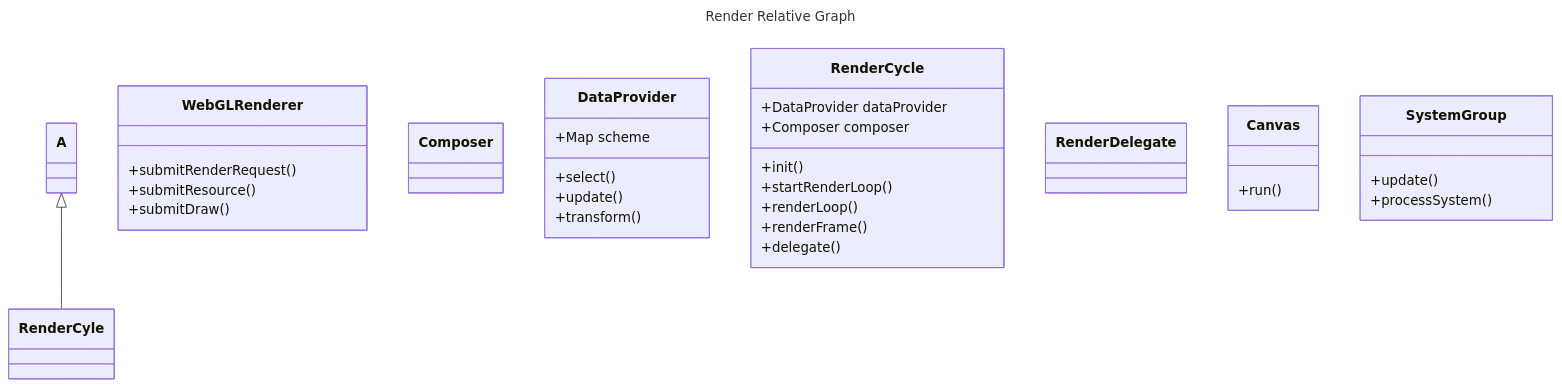
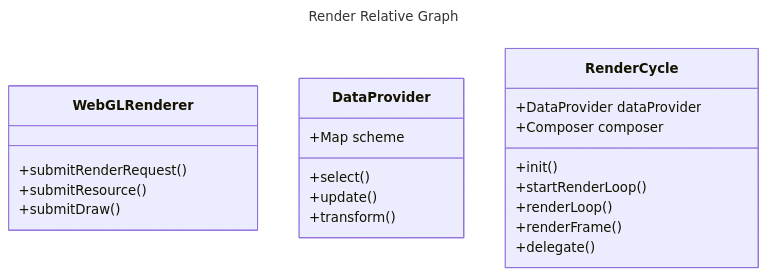
The third of 9 diagrams in cg/tools/engine4mermaid.md (lmj01/lmj01.github.io), drawn with Mermaid before and after one commit. The commit also changed other lines of this file and 9 other files, not shown here.

```diff
--- a/cg/tools/engine4mermaid.md
+++ b/cg/tools/engine4mermaid.md
@@ -57,47 +57,26 @@
 <pre class="mermaid">
     ---
     title: Render Relative Graph
     ---
     classDiagram
-        A <| -- RenderCyle
-
         class WebGLRenderer {
             +submitRenderRequest()
             +submitResource()
             +submitDraw()
         }
-
-        class Composer {
-
-        }
-
         class DataProvider {
             +Map scheme
             +select()
             +update()
             +transform() 
         }
-
         class RenderCycle {
             +DataProvider dataProvider
             +Composer composer
             +init()
             +startRenderLoop()
             +renderLoop()
             +renderFrame()
             +delegate()
         }
-
-        class RenderDelegate {
-
-        }
-
-        class Canvas {
-            +run()
-        }
-
-        class SystemGroup {
-            +update()
-            +processSystem()
-        }
 </pre>
```
